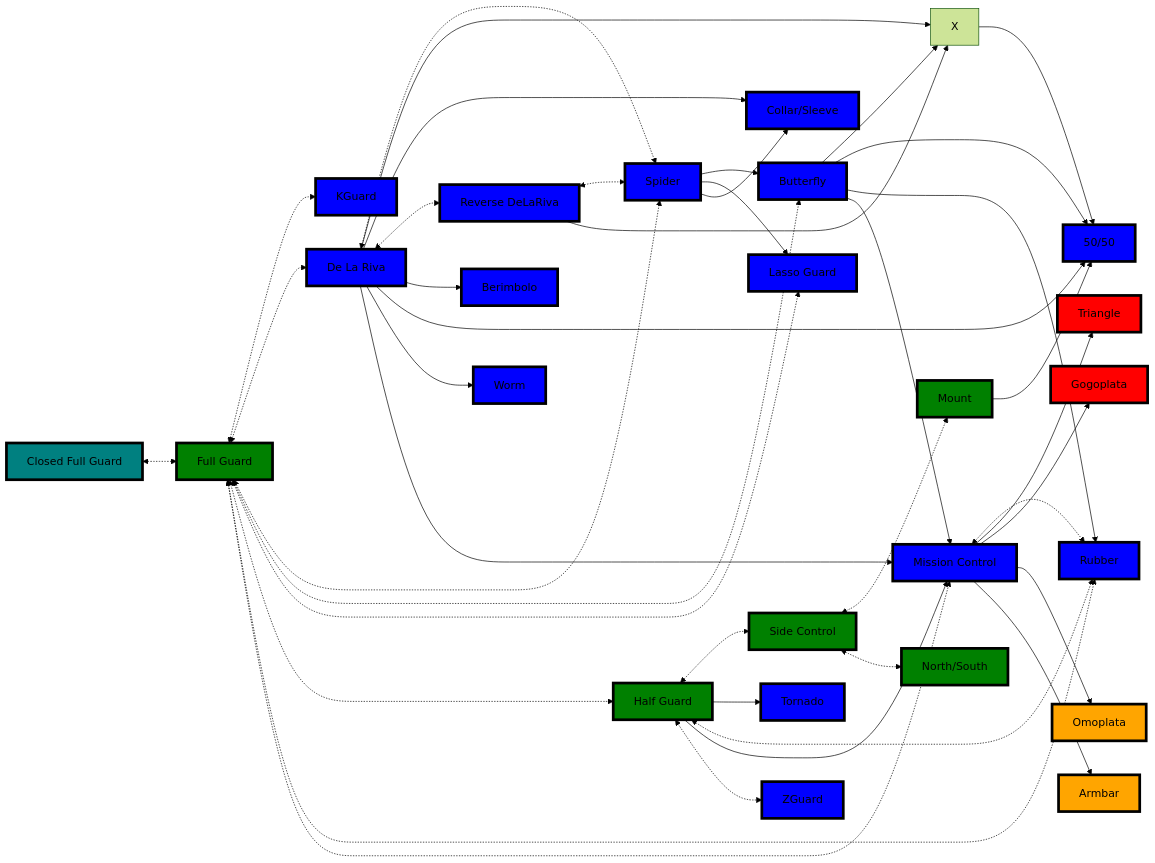
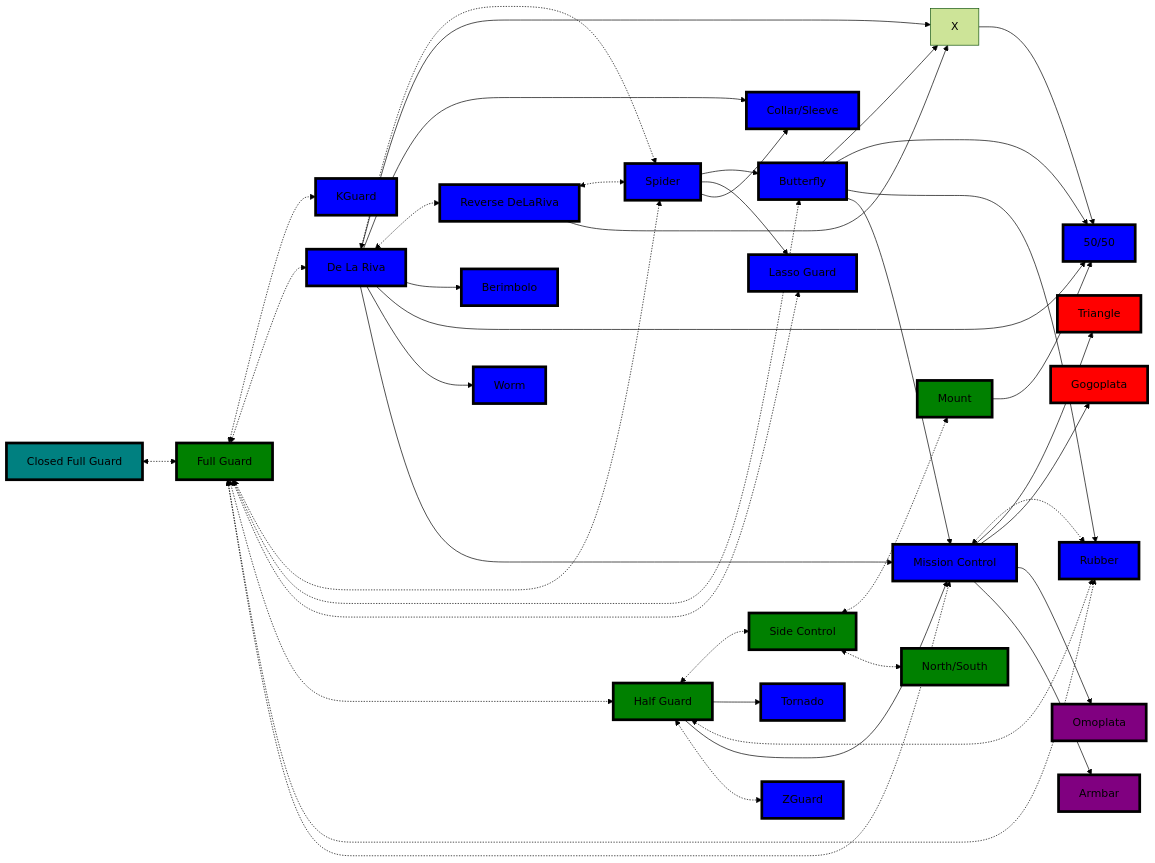
The first of 2 diagrams in _Fitness/MMA/Guards Directory.md (jacgit18/DevHiveMind), drawn with Mermaid (forest theme) before and after one commit. The commit also changed 1 other file, not shown here.

Commit message:
M "_Fitness/MMA/Guards Directory.md"  M "_Fitness/MMA/Real World BJJ Flows.md"

````diff
--- a/_Fitness/MMA/Guards Directory.md
+++ b/_Fitness/MMA/Guards Directory.md
@@ -176,7 +176,7 @@
 
 style 2 fill:red,stroke:black,stroke-width:4px,shadow:shadow
 
-style 3 fill:orange,stroke:black,stroke-width:4px,shadow:shadow
+style 3 fill:purple,stroke:black,stroke-width:4px,shadow:shadow
 
-style 4 fill:orange,stroke:black,stroke-width:4px,shadow:shadow
+style 4 fill:purple,stroke:black,stroke-width:4px,shadow:shadow
 ```
````
